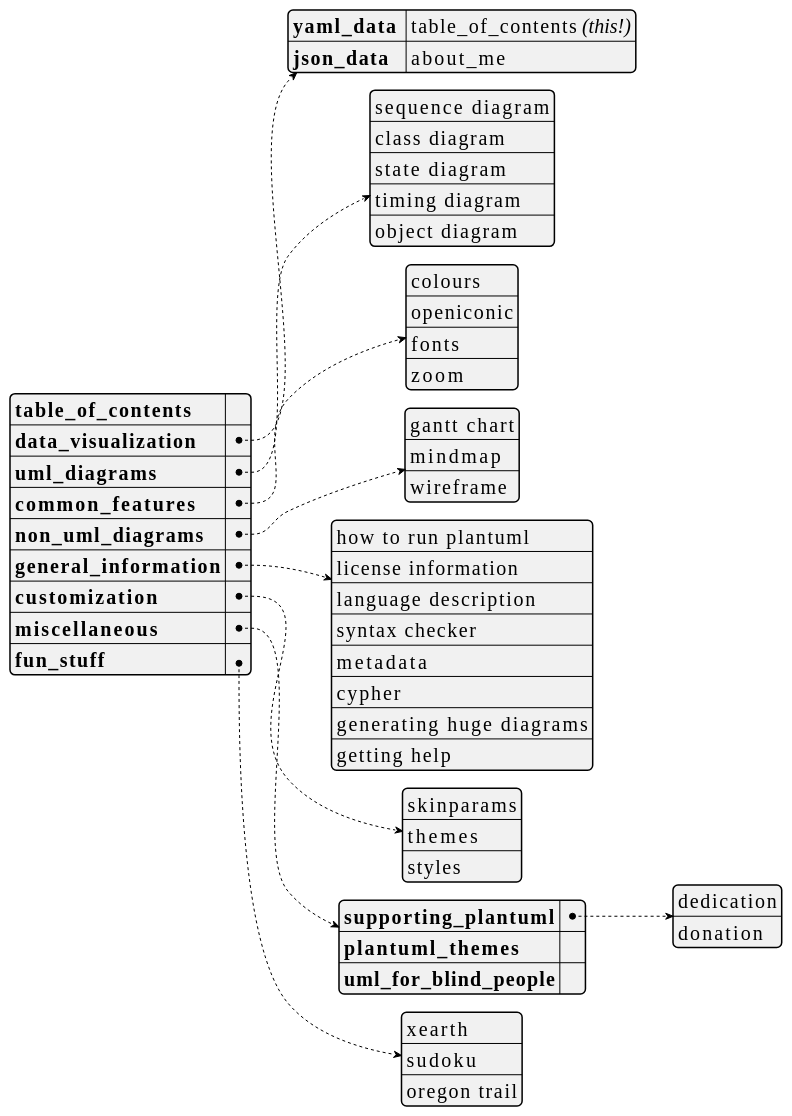
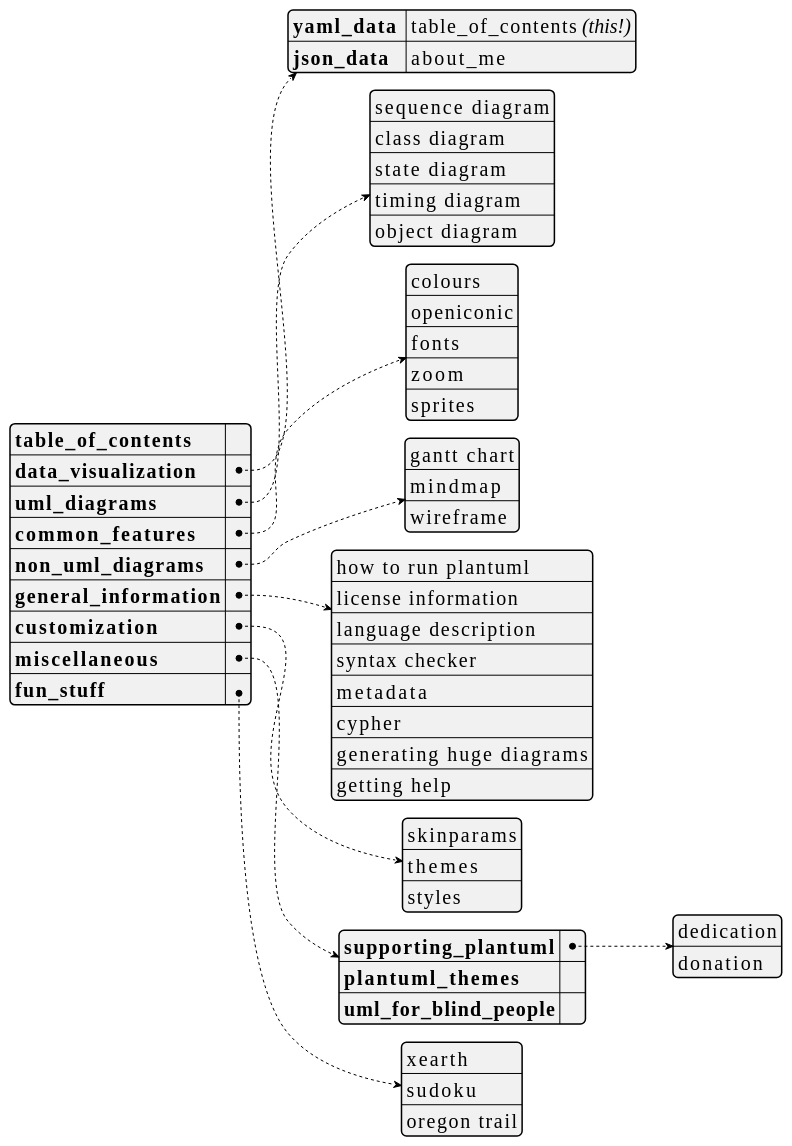
The first of 34 diagrams in plantuml_demo.md (dragondive/heavens-arena), drawn with PlantUML before and after one commit. The commit also changed other lines of this file and 2 other files, not shown here.

Commit message:
added common: sprites

````diff
--- a/plantuml_demo.md
+++ b/plantuml_demo.md
@@ -27,65 +27,66 @@
 ```plantuml
 @startyaml
 <style>
 yamlDiagram {
     node {
         ' use a constant width font because that's what developers do.
         FontName Consolas
         FontSize 20
     }
 }
 </style>
 
 /'TODO:
 It would be cool to hyperlink the entries in the table_of_contents to the
 respective section in the document. Not only would it further accentuate the
 [Medium Awareness](https://tvtropes.org/pmwiki/pmwiki.php/Main/MediumAwareness)
 of this yaml document, but also augment the
 [Anachronic Order](https://tvtropes.org/pmwiki/pmwiki.php/Main/AnachronicOrder)
 of the outer markdown document.
 '/
 
 **table_of_contents**: ""  /' workaround: empty string here to avoid dummy link '/
 data_visualization:
     yaml_data : table_of_contents //(this!)//
     json_data : about_me
 uml_diagrams:
     - sequence diagram
     - class diagram
     - state diagram
     - timing diagram
     - object diagram
 common_features:
     - colours
     - openiconic
     - fonts
     - zoom
+    - sprites
 non_uml_diagrams:
     - gantt chart
     - mindmap
     - wireframe
 general_information:
     - how to run plantuml
     - license information
     - language description
     - syntax checker
     - metadata
     - cypher
     - generating huge diagrams
     - getting help
 customization:
     - skinparams
     - themes
     - styles
 miscellaneous:
     supporting_plantuml:
         - dedication
         - donation
     plantuml_themes: ""
     uml_for_blind_people: ""
 fun_stuff:
     - xearth
     - sudoku
     - oregon trail
 @endyaml
 ```
````
